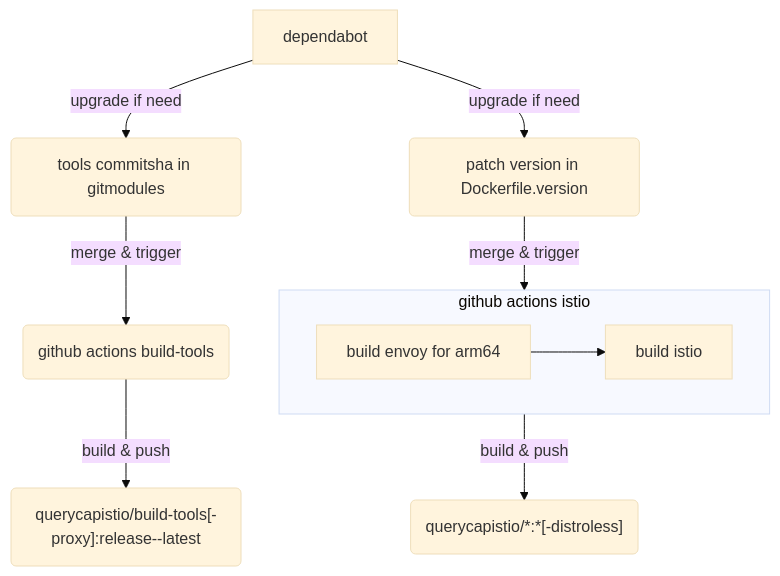
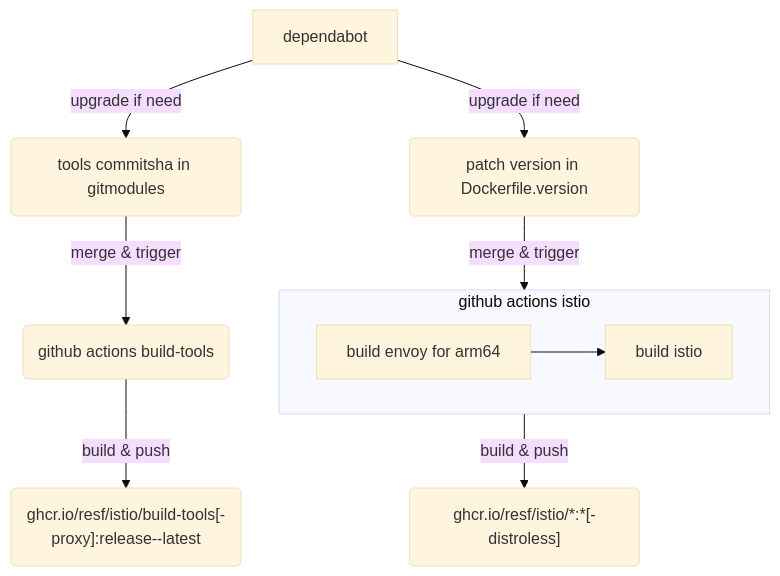
The diagram in README.md (resf/istio), drawn with Mermaid before and after one commit. The commit also changed other lines of this file and 5 other files, not shown here.

````diff
--- a/README.md
+++ b/README.md
@@ -102,28 +76,28 @@
 ```mermaid
 %%{init:{'theme':'base'}}%%
 flowchart TD
     dependabot
     
     ga_build_tools("github actions build-tools")
     
     subgraph ga_isito ["github actions istio"]
         build_envoy_arm64["build envoy for arm64"]
         build_istio["build istio"]
         
         build_envoy_arm64
         --> build_istio
     end   
     
-    build_tools_images("querycapistio/build-tools[-proxy]:release-<VERSION_MINOR>-latest")
-    istio_images("querycapistio/*:<VERSION>*[-distroless]")
+    build_tools_images("ghcr.io/resf/istio/build-tools[-proxy]:release-<VERSION_MINOR>-latest")
+    istio_images("ghcr.io/resf/istio/*:<VERSION>*[-distroless]")
     
     dependabot
     -->|"upgrade if need"|gitmodules("tools commitsha in gitmodules")
     -->|"merge & trigger"|ga_build_tools 
     -->|"build & push"|build_tools_images
     
     dependabot
     -->|"upgrade if need"|Dockerfile("patch version in Dockerfile.version")
     -->|"merge & trigger"|ga_isito
     -->|"build & push"|istio_images
 ```
````
